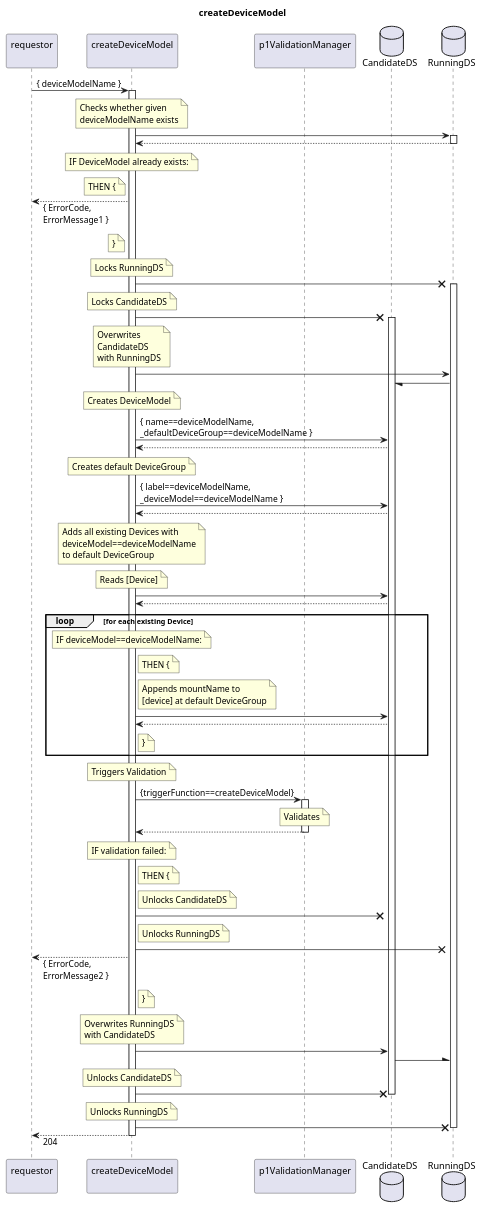
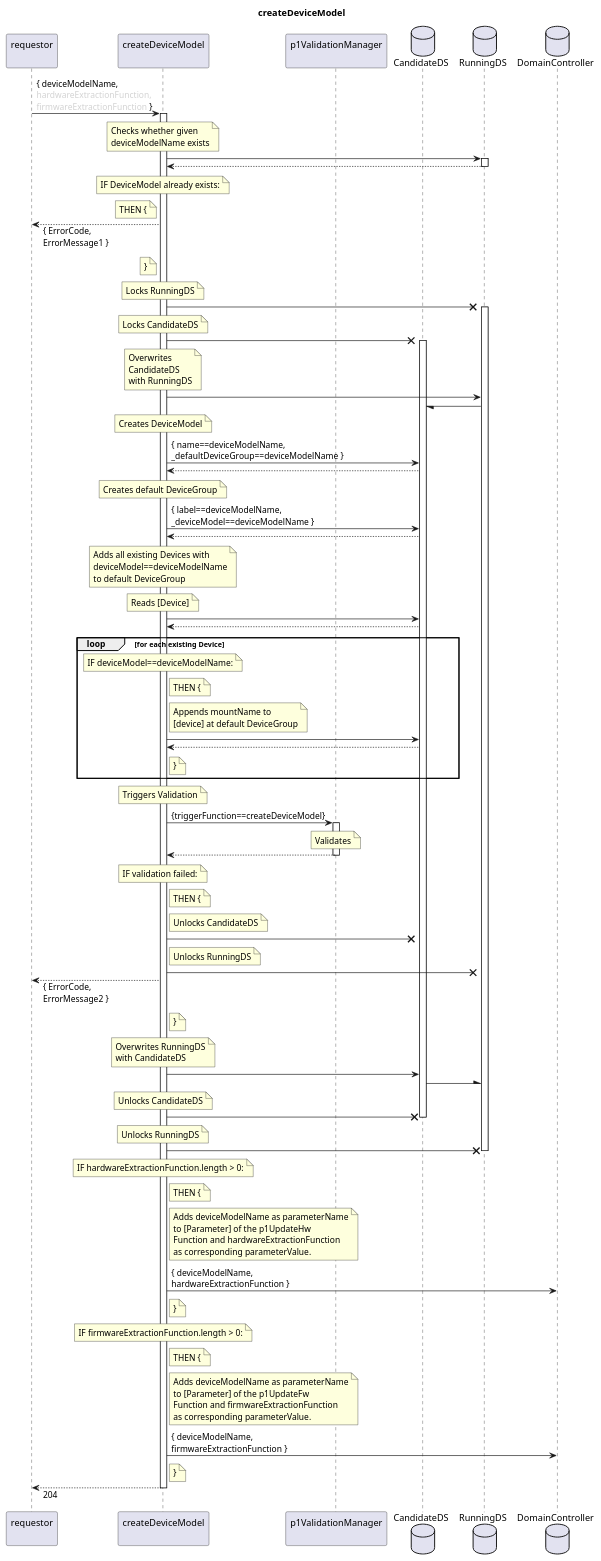
One commit to openBackhaul/FirmWareManager changed the diagram in spec/Services/createDeviceModel/1.0.0/createDeviceModel.plantuml. Above: the diagram before and after it, drawn with PlantUML. The commit also changed 16 other files, not shown here.

Commit message:
Add updateDeviceModel

```diff
--- a/spec/Services/createDeviceModel/1.0.0/createDeviceModel.plantuml
+++ b/spec/Services/createDeviceModel/1.0.0/createDeviceModel.plantuml
@@ -1,143 +1,179 @@
 @startuml createDeviceModel
 skinparam responseMessageBelowArrow true
 
 title
   createDeviceModel
 end title
 
 participant "requestor\n" as requestor
 participant "createDeviceModel\n" as indServ
 participant "p1ValidationManager\n" as valiMan
+
 database "CandidateDS" as CanDS
 database "RunningDS" as RunDS
+database "DomainController" as DC
 
-requestor -> indServ: { deviceModelName }
+requestor -> indServ: { deviceModelName,\n<color:LightGray>hardwareExtractionFunction,\n<color:LightGray>firmwareExtractionFunction</color> }
 activate indServ
 
   note over indServ
     Checks whether given
     deviceModelName exists
   end note
   indServ -> RunDS
   activate RunDS
   indServ <-- RunDS
   deactivate RunDS
   note over indServ
     IF DeviceModel already exists:
   end note
   note left indServ
     THEN {
   end note
   requestor <-- indServ: { ErrorCode,\nErrorMessage1 }
   note left indServ
     }
   end note
 
   note over indServ
     Locks RunningDS
   end note
   indServ -X RunDS
   activate RunDS
   note over indServ
     Locks CandidateDS
   end note
   indServ -X CanDS
   activate CanDS
   note over indServ
     Overwrites
     CandidateDS
     with RunningDS
   end note
   indServ -> RunDS
   RunDS -/ CanDS
 
   note over indServ
     Creates DeviceModel
   end note
   indServ -> CanDS: { name==deviceModelName,\n_defaultDeviceGroup==deviceModelName }
   indServ <-- CanDS
 
   note over indServ
     Creates default DeviceGroup
   end note
   indServ -> CanDS: { label==deviceModelName,\n_deviceModel==deviceModelName }
   indServ <-- CanDS
 
   note over indServ
     Adds all existing Devices with
     deviceModel==deviceModelName
     to default DeviceGroup
   end note
   note over indServ
     Reads [Device]
   end note
   indServ -> CanDS
   indServ <-- CanDS
   loop for each existing Device
     note over indServ
       IF deviceModel==deviceModelName:
     end note
     note right indServ
       THEN {
     end note
     note right indServ
       Appends mountName to
       [device] at default DeviceGroup
     end note
     indServ -> CanDS
     indServ <-- CanDS
     note right indServ
       }
     end note
   end loop
 
   note over indServ
     Triggers Validation
   end note
   indServ -> valiMan: {triggerFunction==createDeviceModel}
   activate valiMan
     note over valiMan
       Validates
     end note
   indServ <-- valiMan
   deactivate valiMan
   note over indServ
     IF validation failed:
   end note
   note right indServ
     THEN {
   end note
   note right indServ
     Unlocks CandidateDS
   end note
   indServ -X CanDS
   note right indServ
     Unlocks RunningDS
   end note
   indServ -X RunDS
   requestor <-- indServ: { ErrorCode,\nErrorMessage2 }
   note right indServ
     }
   end note
 
   note over indServ
     Overwrites RunningDS
     with CandidateDS
   end note
   indServ -> CanDS
   CanDS -\ RunDS
   note over indServ
     Unlocks CandidateDS
   end note
   indServ -X CanDS
   deactivate CanDS
   note over indServ
     Unlocks RunningDS
   end note
   indServ -X RunDS
   deactivate RunDS
 
+  note over indServ
+    IF hardwareExtractionFunction.length > 0:
+  end note
+  note right indServ
+    THEN {
+  end note
+  note right indServ
+    Adds deviceModelName as parameterName
+    to [Parameter] of the p1UpdateHw
+    Function and hardwareExtractionFunction
+    as corresponding parameterValue.
+  end note
+  indServ -> DC: { deviceModelName,\nhardwareExtractionFunction }
+  note right indServ
+    }
+  end note
+
+  note over indServ
+    IF firmwareExtractionFunction.length > 0:
+  end note
+  note right indServ
+    THEN {
+  end note
+  note right indServ
+    Adds deviceModelName as parameterName
+    to [Parameter] of the p1UpdateFw
+    Function and firmwareExtractionFunction
+    as corresponding parameterValue.
+  end note
+  indServ -> DC: { deviceModelName,\nfirmwareExtractionFunction }
+  note right indServ
+    }
+  end note
+
 requestor <-- indServ: 204
 deactivate indServ
 
 @enduml
```
